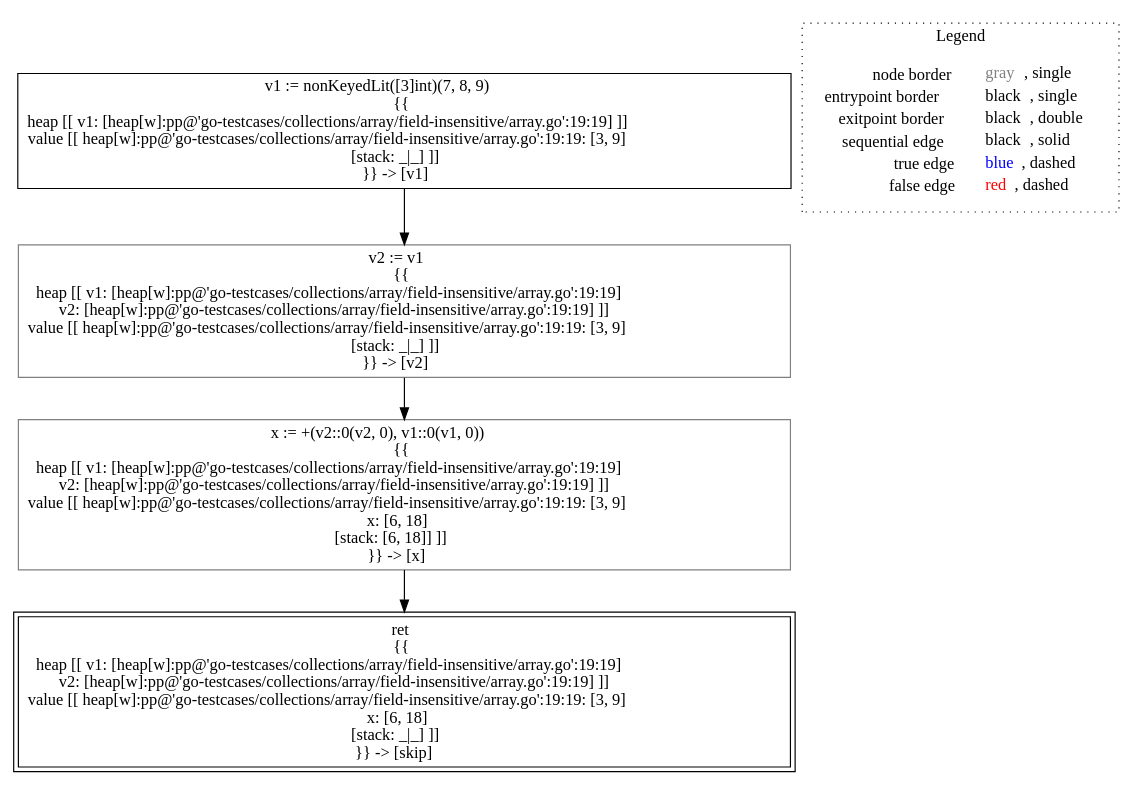
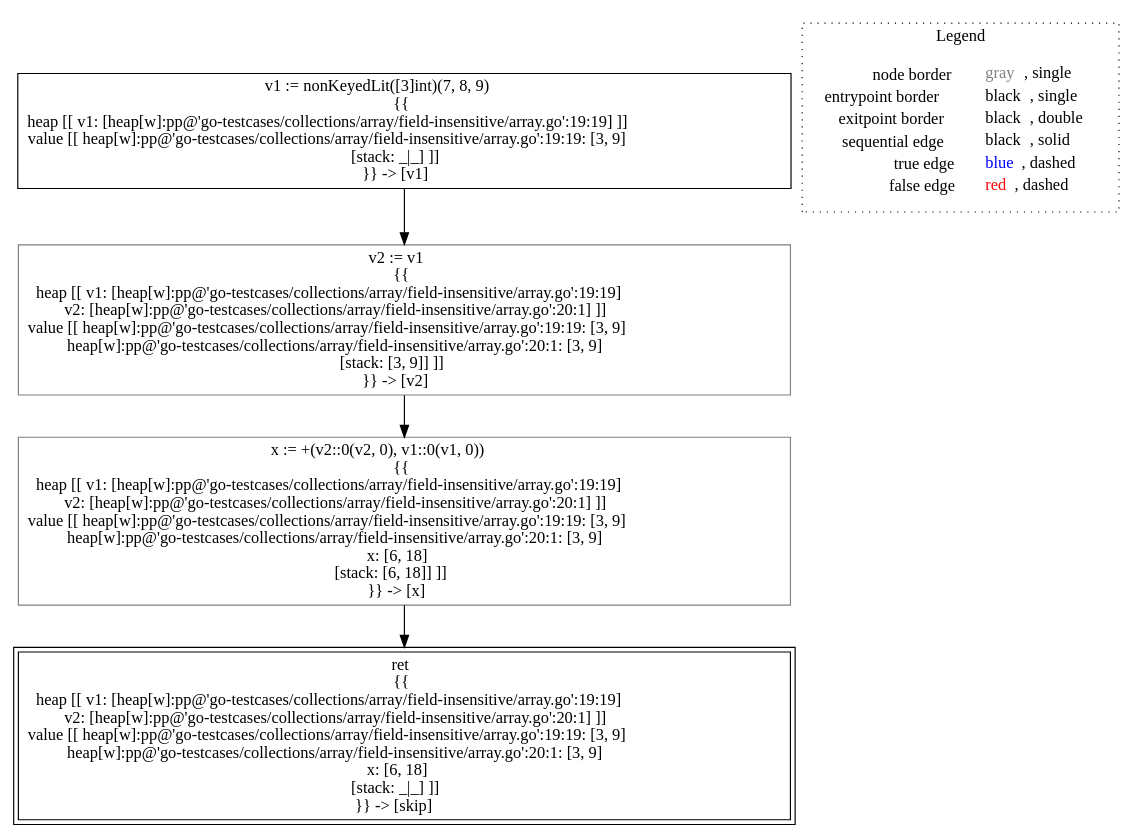
The diagram in go-lisa/go-testcases/collections/array/field-insensitive/analysis___untyped_array.alias().dot (lisa-analyzer/go-lisa), drawn with Graphviz before and after one commit. The commit also changed 3 other files, not shown here.

```diff
--- a/go-lisa/go-testcases/collections/array/field-insensitive/analysis___untyped_array.alias().dot
+++ b/go-lisa/go-testcases/collections/array/field-insensitive/analysis___untyped_array.alias().dot
@@ -1,16 +1,16 @@
 digraph {
 	"node0" [shape="rect",color="black",label=<v1 := nonKeyedLit([3]int)(7, 8, 9)<BR/>{{<BR/>heap [[ v1: [heap[w]:pp@'go-testcases/collections/array/field-insensitive/array.go':19:19] ]]<BR/>value [[ heap[w]:pp@'go-testcases/collections/array/field-insensitive/array.go':19:19: [3, 9]<BR/>[stack: _|_] ]]<BR/>}} -&gt; [v1]>];
-	"node1" [shape="rect",color="gray",label=<x := +(v2::0(v2, 0), v1::0(v1, 0))<BR/>{{<BR/>heap [[ v1: [heap[w]:pp@'go-testcases/collections/array/field-insensitive/array.go':19:19]<BR/>v2: [heap[w]:pp@'go-testcases/collections/array/field-insensitive/array.go':19:19] ]]<BR/>value [[ heap[w]:pp@'go-testcases/collections/array/field-insensitive/array.go':19:19: [3, 9]<BR/>x: [6, 18]<BR/>[stack: [6, 18]] ]]<BR/>}} -&gt; [x]>];
-	"node2" [shape="rect",color="gray",label=<v2 := v1<BR/>{{<BR/>heap [[ v1: [heap[w]:pp@'go-testcases/collections/array/field-insensitive/array.go':19:19]<BR/>v2: [heap[w]:pp@'go-testcases/collections/array/field-insensitive/array.go':19:19] ]]<BR/>value [[ heap[w]:pp@'go-testcases/collections/array/field-insensitive/array.go':19:19: [3, 9]<BR/>[stack: _|_] ]]<BR/>}} -&gt; [v2]>];
-	"node3" [shape="rect",color="black",peripheries="2",label=<ret<BR/>{{<BR/>heap [[ v1: [heap[w]:pp@'go-testcases/collections/array/field-insensitive/array.go':19:19]<BR/>v2: [heap[w]:pp@'go-testcases/collections/array/field-insensitive/array.go':19:19] ]]<BR/>value [[ heap[w]:pp@'go-testcases/collections/array/field-insensitive/array.go':19:19: [3, 9]<BR/>x: [6, 18]<BR/>[stack: _|_] ]]<BR/>}} -&gt; [skip]>];
-	"node0" -> "node2" [color="black"];
+	"node1" [shape="rect",color="gray",label=<x := +(v2::0(v2, 0), v1::0(v1, 0))<BR/>{{<BR/>heap [[ v1: [heap[w]:pp@'go-testcases/collections/array/field-insensitive/array.go':19:19]<BR/>v2: [heap[w]:pp@'go-testcases/collections/array/field-insensitive/array.go':20:1] ]]<BR/>value [[ heap[w]:pp@'go-testcases/collections/array/field-insensitive/array.go':19:19: [3, 9]<BR/>heap[w]:pp@'go-testcases/collections/array/field-insensitive/array.go':20:1: [3, 9]<BR/>x: [6, 18]<BR/>[stack: [6, 18]] ]]<BR/>}} -&gt; [x]>];
+	"node2" [shape="rect",color="gray",label=<v2 := v1<BR/>{{<BR/>heap [[ v1: [heap[w]:pp@'go-testcases/collections/array/field-insensitive/array.go':19:19]<BR/>v2: [heap[w]:pp@'go-testcases/collections/array/field-insensitive/array.go':20:1] ]]<BR/>value [[ heap[w]:pp@'go-testcases/collections/array/field-insensitive/array.go':19:19: [3, 9]<BR/>heap[w]:pp@'go-testcases/collections/array/field-insensitive/array.go':20:1: [3, 9]<BR/>[stack: [3, 9]] ]]<BR/>}} -&gt; [v2]>];
+	"node3" [shape="rect",color="black",peripheries="2",label=<ret<BR/>{{<BR/>heap [[ v1: [heap[w]:pp@'go-testcases/collections/array/field-insensitive/array.go':19:19]<BR/>v2: [heap[w]:pp@'go-testcases/collections/array/field-insensitive/array.go':20:1] ]]<BR/>value [[ heap[w]:pp@'go-testcases/collections/array/field-insensitive/array.go':19:19: [3, 9]<BR/>heap[w]:pp@'go-testcases/collections/array/field-insensitive/array.go':20:1: [3, 9]<BR/>x: [6, 18]<BR/>[stack: _|_] ]]<BR/>}} -&gt; [skip]>];
 	"node1" -> "node3" [color="black"];
 	"node2" -> "node1" [color="black"];
+	"node0" -> "node2" [color="black"];
 subgraph cluster_legend {
 	label="Legend";
 	style=dotted;
 	node [shape=plaintext];
 	"legend" [label=<<table border="0" cellpadding="2" cellspacing="0" cellborder="0"><tr><td align="right">node border&nbsp;</td><td align="left"><font color="gray">gray</font>, single</td></tr><tr><td align="right">entrypoint border&nbsp;</td><td align="left"><font color="black">black</font>, single</td></tr><tr><td align="right">exitpoint border&nbsp;</td><td align="left"><font color="black">black</font>, double</td></tr><tr><td align="right">sequential edge&nbsp;</td><td align="left"><font color="black">black</font>, solid</td></tr><tr><td align="right">true edge&nbsp;</td><td align="left"><font color="blue">blue</font>, dashed</td></tr><tr><td align="right">false edge&nbsp;</td><td align="left"><font color="red">red</font>, dashed</td></tr></table>>];
 }
 
 }
```
